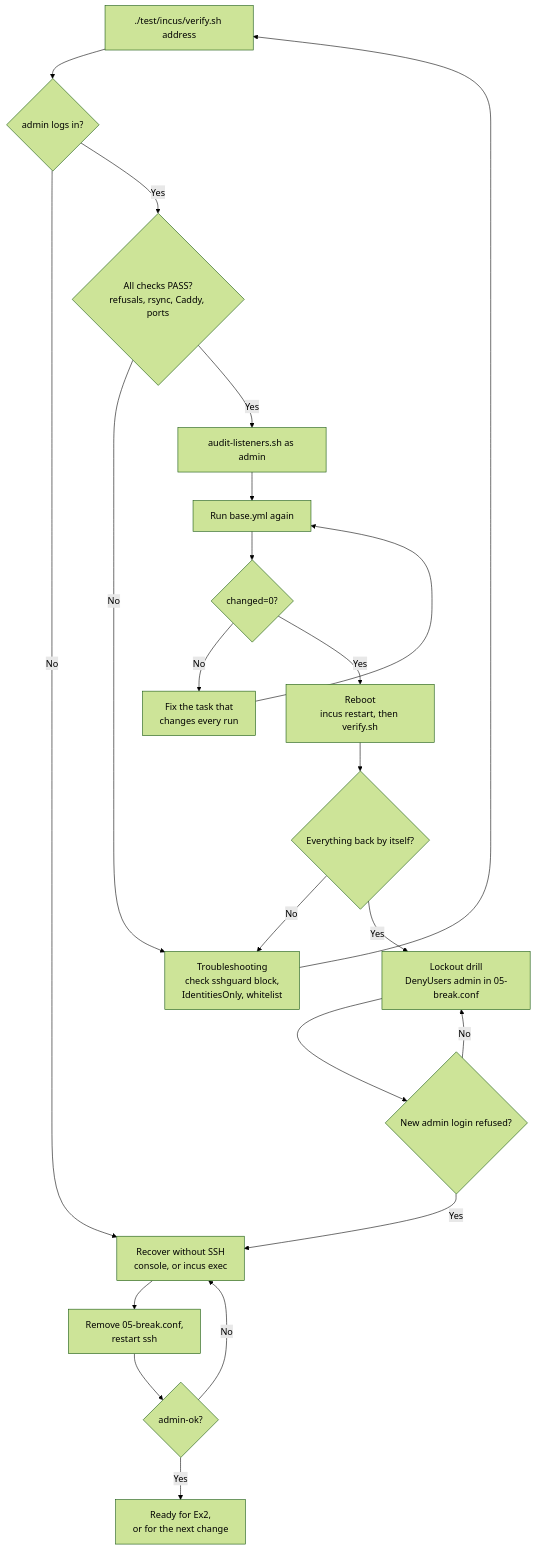
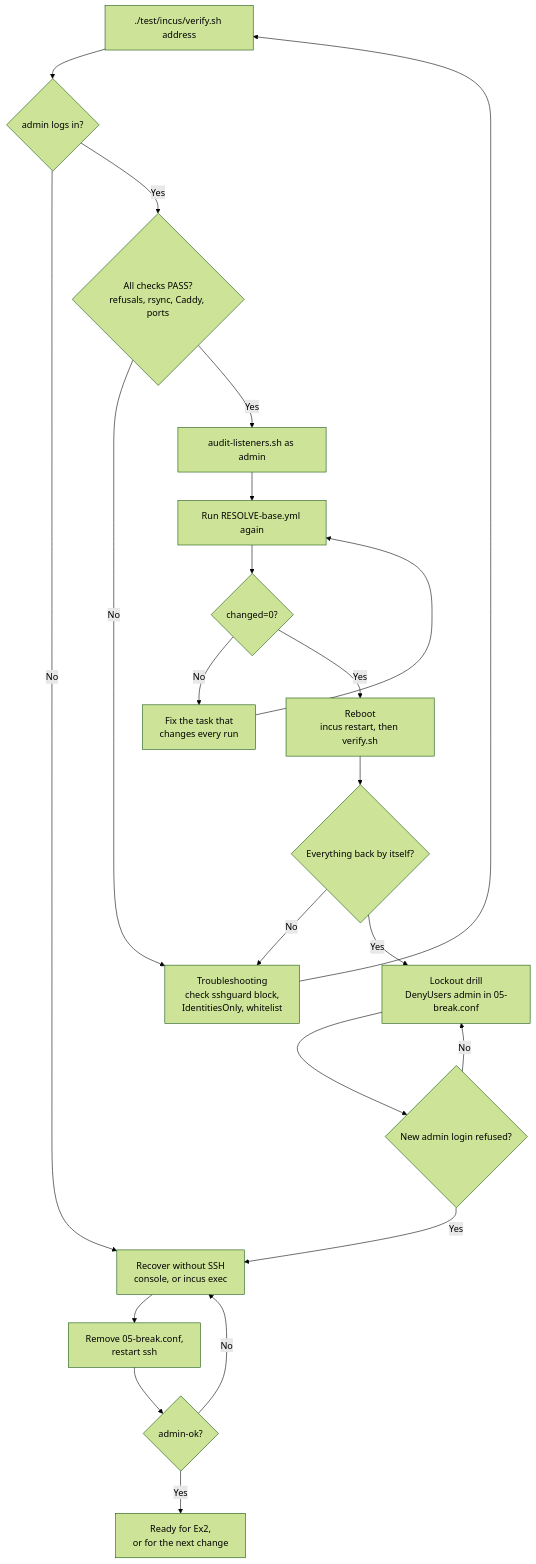
Before and after one commit to steelcj/uc-gradus: the fourth of 5 diagrams in en/docs/process-flowchart.md, drawn with Mermaid (forest theme). The commit also changed other lines of this file and 35 other files, not shown here.

````diff
--- a/en/docs/process-flowchart.md
+++ b/en/docs/process-flowchart.md
@@ -81,24 +81,24 @@
 ```mermaid
 flowchart TD
     A["./test/incus/verify.sh address"] --> B{"admin logs in?"}
     B -- "No" --> R["Recover without SSH<br/>console, or incus exec"]
     B -- "Yes" --> C{"All checks PASS?<br/>refusals, rsync, Caddy, ports"}
     C -- "No" --> T["Troubleshooting<br/>check sshguard block,<br/>IdentitiesOnly, whitelist"]
     T --> A
     C -- "Yes" --> D["audit-listeners.sh as admin"]
-    D --> E["Run base.yml again"]
+    D --> E["Run RESOLVE-base.yml again"]
     E --> F{"changed=0?"}
     F -- "No" --> G["Fix the task that<br/>changes every run"]
     G --> E
     F -- "Yes" --> H["Reboot<br/>incus restart, then verify.sh"]
     H --> I{"Everything back by itself?"}
     I -- "No" --> T
     I -- "Yes" --> J["Lockout drill<br/>DenyUsers admin in 05-break.conf"]
     J --> K{"New admin login refused?"}
     K -- "No" --> J
     K -- "Yes" --> R
     R --> L["Remove 05-break.conf,<br/>restart ssh"]
     L --> M{"admin-ok?"}
     M -- "No" --> R
     M -- "Yes" --> N["Ready for Ex2,<br/>or for the next change"]
 ```
````
